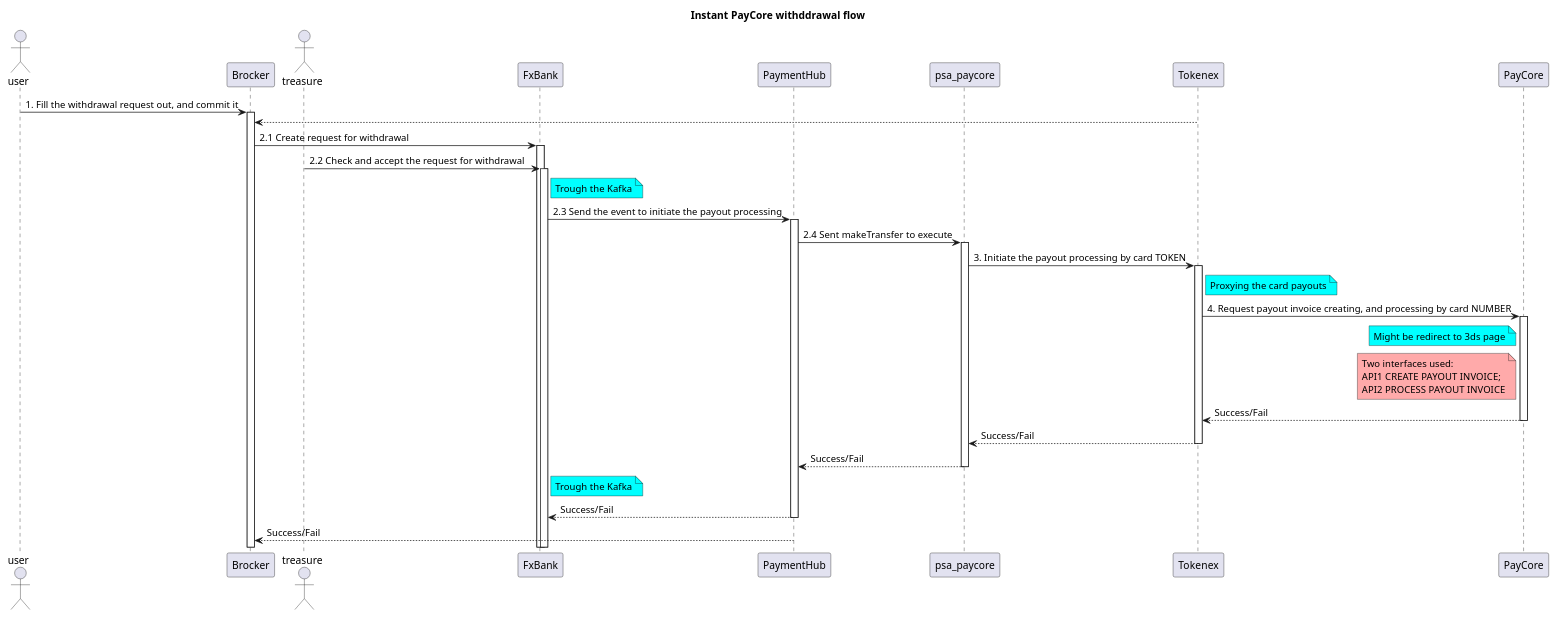
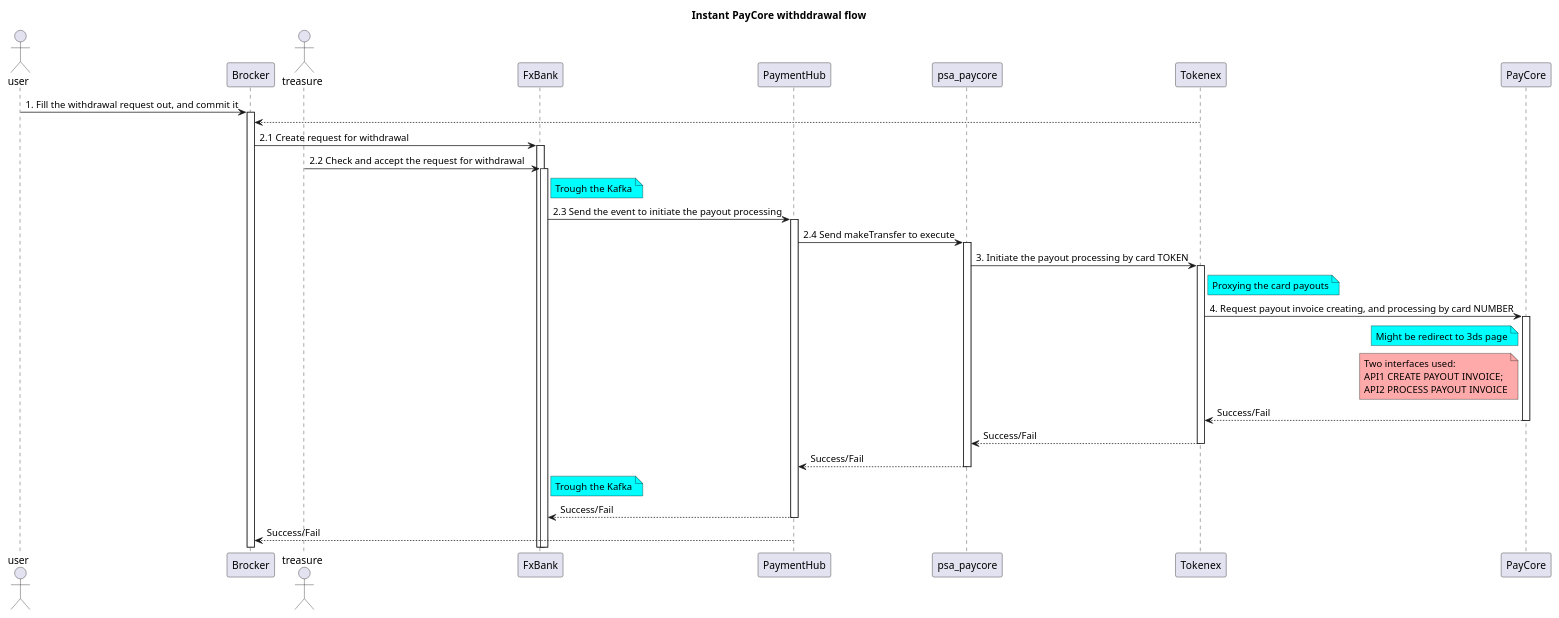
The diagram in UML practice/docs/diagrams/src/OMEGA-66 Investigate paycor withdrawals (credit card)/instantDiagram.wsd (milovdg/UMLPractice), drawn with PlantUML before and after one commit.

Commit message:
13082021-3

```diff
--- a/UML practice/docs/diagrams/src/OMEGA-66 Investigate paycor withdrawals (credit card)/instantDiagram.wsd
+++ b/UML practice/docs/diagrams/src/OMEGA-66 Investigate paycor withdrawals (credit card)/instantDiagram.wsd
@@ -1,42 +1,42 @@
 @startuml
 
 title Instant PayCore withddrawal flow
 
 actor user
 participant Brocker
 actor treasure
 participant FxBank
 participant PaymentHub
 participant psa_paycore
 participant Tokenex
 participant PayCore
 
 
 user -> Brocker ++: 1. Fill the withdrawal request out, and commit it
 Tokenex --> Brocker --: 
 
 Brocker -> FxBank ++: 2.1 Create request for withdrawal
 treasure -> FxBank ++: 2.2 Check and accept the request for withdrawal
 
 note right of FxBank #Aqua: Trough the Kafka
 FxBank -> PaymentHub ++: 2.3 Send the event to initiate the payout processing
 
-PaymentHub -> psa_paycore ++: 2.4 Sent makeTransfer to execute
+PaymentHub -> psa_paycore ++: 2.4 Send makeTransfer to execute
 
 psa_paycore -> Tokenex ++: 3. Initiate the payout processing by card TOKEN
 
 note right of Tokenex #Aqua: Proxying the card payouts
 Tokenex -> PayCore ++: 4. Request payout invoice creating, and processing by card NUMBER
 note left of PayCore #Aqua: Might be redirect to 3ds page
 note left of PayCore #FFAAAA: Two interfaces used: \nAPI1 CREATE PAYOUT INVOICE; \nAPI2 PROCESS PAYOUT INVOICE
 PayCore --> Tokenex --: Success/Fail
 
 Tokenex --> psa_paycore --: Success/Fail
 
 psa_paycore --> PaymentHub --: Success/Fail 
 
 note right of FxBank #Aqua: Trough the Kafka
 PaymentHub --> FxBank --: Success/Fail
 PaymentHub --> Brocker --: Success/Fail
 
 @enduml
```
